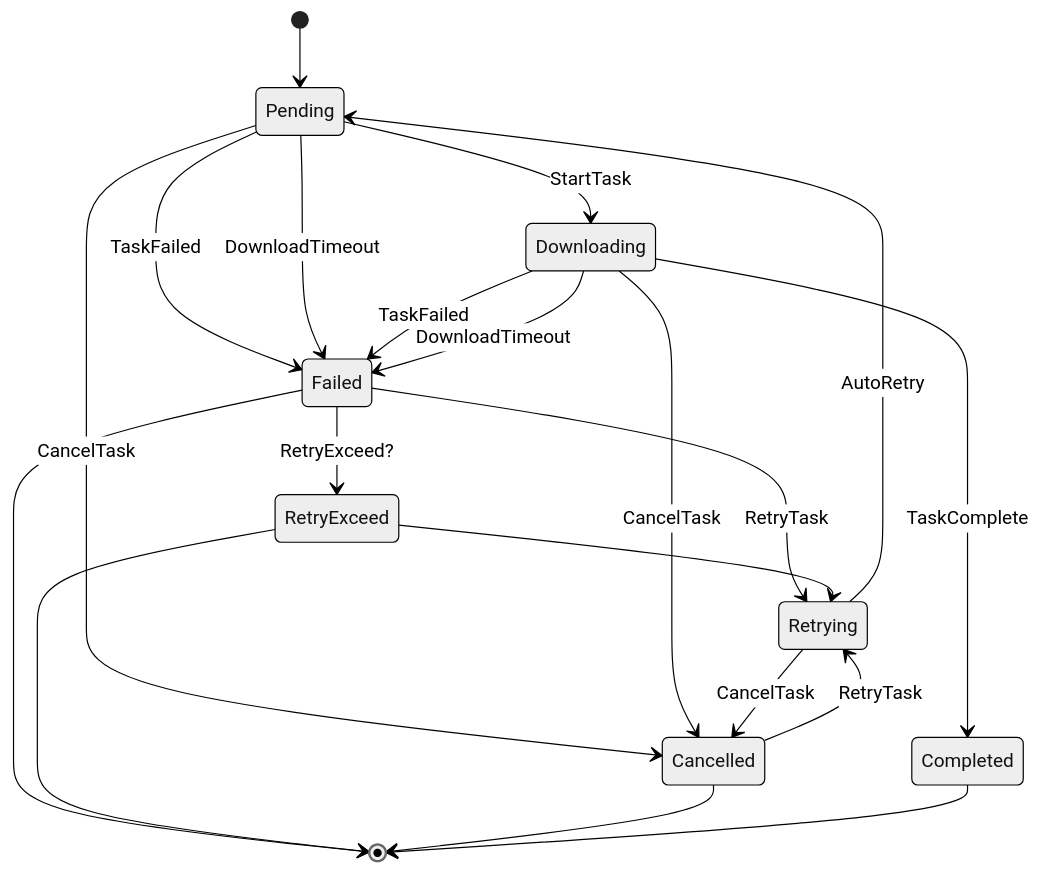
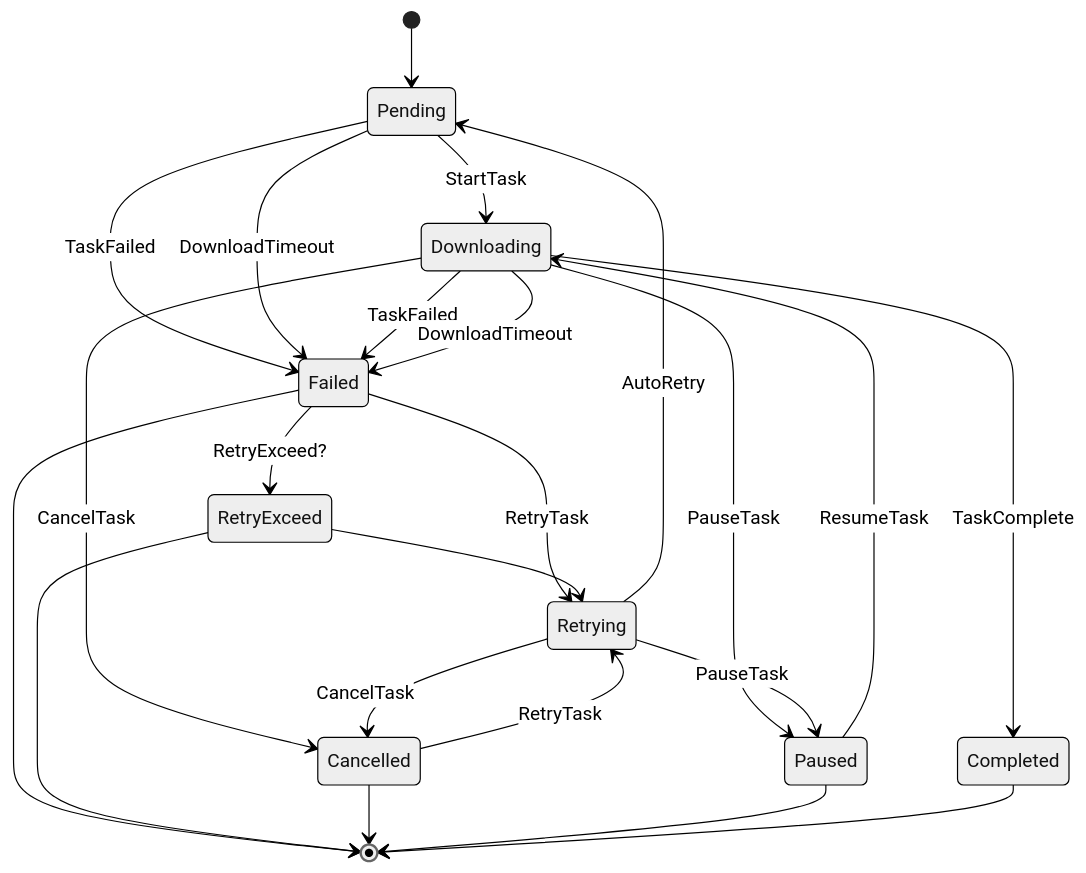
The diagram in crates/downloader/README.md (lyqingye/bangumi-rs), drawn with Mermaid (neutral theme) before and after one commit. The commit also changed other lines of this file and 9 other files, not shown here.

````diff
--- a/crates/downloader/README.md
+++ b/crates/downloader/README.md
@@ -3,29 +3,34 @@
 ```mermaid
 stateDiagram
   direction TB
 
-  
+
   [*] --> Pending
   Pending --> Downloading:StartTask
-  Pending --> Cancelled:CancelTask
   Pending --> Failed:TaskFailed
   Pending --> Failed:DownloadTimeout
   Downloading --> Completed:TaskComplete
   Downloading --> Failed:TaskFailed
   Downloading --> Cancelled:CancelTask
   Downloading --> Failed:DownloadTimeout
+  Downloading --> Paused:PauseTask
 
   Failed --> Retrying:RetryTask
   Failed --> [*]
   Failed --> RetryExceed: RetryExceed?
   state RetryExceed <<choice>>
   RetryExceed --> [*]
   RetryExceed --> Retrying
 
   Cancelled --> Retrying:RetryTask
   Cancelled --> [*]
 
   Retrying --> Pending:AutoRetry
   Retrying --> Cancelled:CancelTask
+  Retrying --> Paused:PauseTask
+
+  Paused --> Downloading:ResumeTask
+  Paused --> [*]
+
   Completed --> [*]
 ```
````
